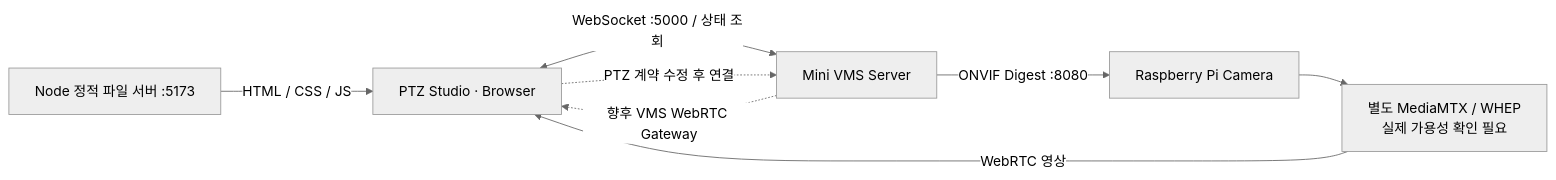
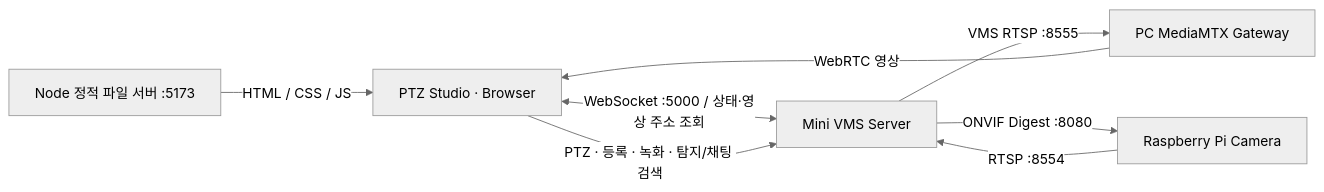
One commit to PTZ-CAMERA/PTZ_WEB_Client changed the first of 2 diagrams in README.md. Above: the diagram before and after it, drawn with Mermaid (neutral theme). The commit also changed other lines of this file and 8 other files, not shown here.

````diff
--- a/README.md
+++ b/README.md
@@ -8,10 +8,10 @@
 ```mermaid
 flowchart LR
     Static["Node 정적 파일 서버 :5173"] -->|"HTML / CSS / JS"| Web["PTZ Studio · Browser"]
-    Pi["Raspberry Pi Camera"] --> Media["별도 MediaMTX / WHEP<br/>실제 가용성 확인 필요"]
+    Pi["Raspberry Pi Camera"] -->|RTSP :8554| VMS["Mini VMS Server"]
+    VMS -->|VMS RTSP :8555| Media["PC MediaMTX Gateway"]
     Media -->|"WebRTC 영상"| Web
-    Web <-->|"WebSocket :5000 / 상태 조회"| VMS["Mini VMS Server"]
-    Web -.->|"PTZ 계약 수정 후 연결"| VMS
+    Web <-->|"WebSocket :5000 / 상태·영상 주소 조회"| VMS
+    Web -->|"PTZ · 등록 · 녹화 · 탐지/채팅 검색"| VMS
     VMS -->|"ONVIF Digest :8080"| Pi
-    VMS -.->|"향후 VMS WebRTC Gateway"| Web
 ```
````
